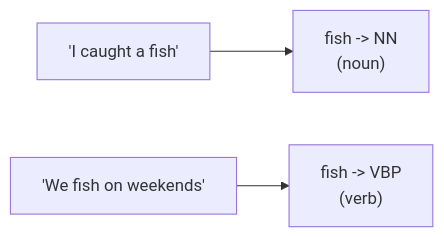
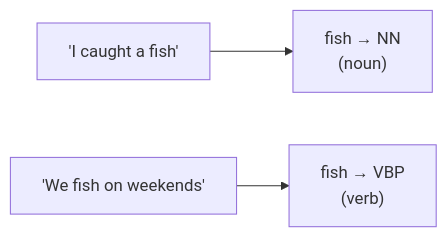
One commit to dataslope/dataslope changed the first of 2 diagrams in content/courses/natural-language-processing-python/pos-tagging.mdx. Above: the diagram before and after it, drawn with Mermaid. The commit also changed 26 other files, not shown here.

````diff
--- a/content/courses/natural-language-processing-python/pos-tagging.mdx
+++ b/content/courses/natural-language-processing-python/pos-tagging.mdx
@@ -29,5 +29,5 @@
 ```mermaid
 flowchart LR
-    A["'I caught a fish'"] --> A1["fish -> NN<br/>(noun)"]
-    B["'We fish on weekends'"] --> B1["fish -> VBP<br/>(verb)"]
+    A["'I caught a fish'"] --> A1["fish → NN<br/>(noun)"]
+    B["'We fish on weekends'"] --> B1["fish → VBP<br/>(verb)"]
 ```
````
